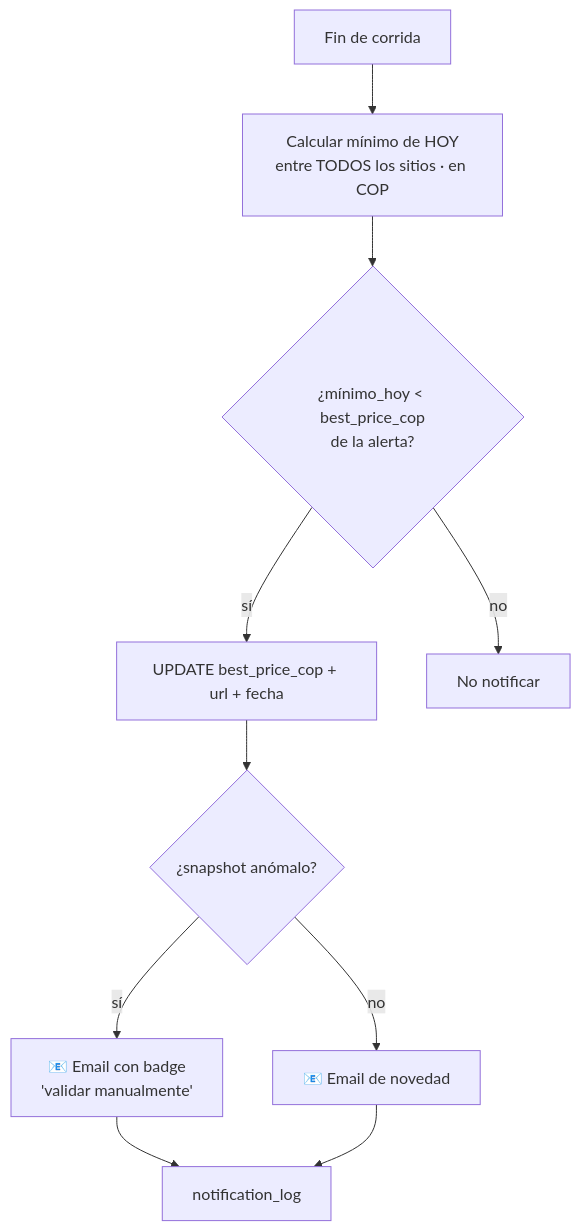
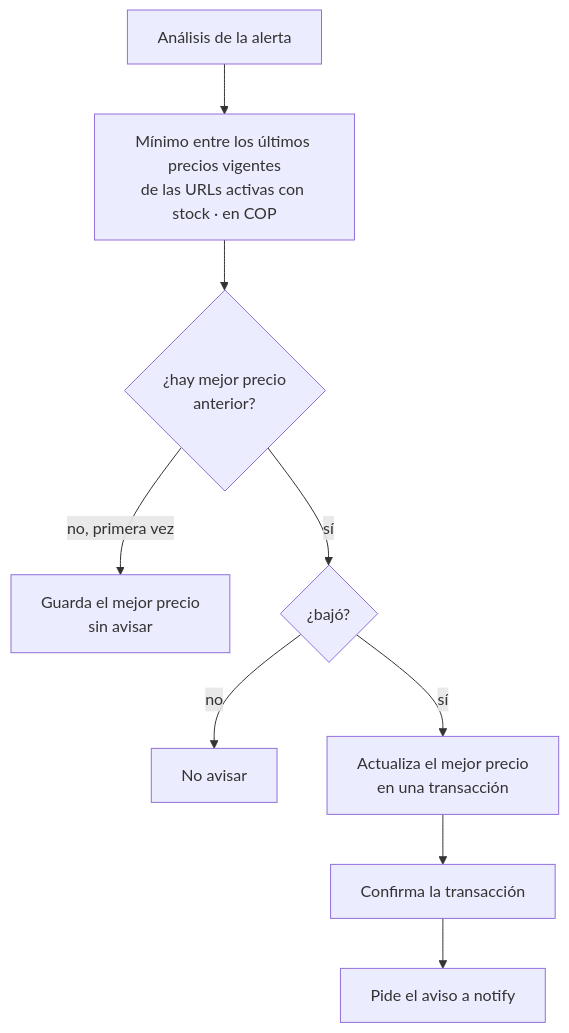
The sixth of 6 diagrams in _docs/architecture/scraping-flow.md (vida-I-found-it/architecture), drawn with Mermaid before and after one commit. The commit also changed other lines of this file and 16 other files, not shown here.

First line of the commit message:
docs(architecture): 🏗️ schedule sends one URL at a time to the scraper (ADR-0004)

````diff
--- a/_docs/architecture/scraping-flow.md
+++ b/_docs/architecture/scraping-flow.md
@@ -108,11 +240,11 @@
 ```mermaid
 graph TD
-    S[Fin de corrida] --> MIN[Calcular mínimo de HOY<br/>entre TODOS los sitios · en COP]
-    MIN --> C{¿mínimo_hoy < best_price_cop<br/>de la alerta?}
-    C -->|sí| U[UPDATE best_price_cop + url + fecha]
-    U --> AN{¿snapshot anómalo?}
-    AN -->|sí| B[📧 Email con badge<br/>'validar manualmente']
-    AN -->|no| E[📧 Email de novedad]
-    C -->|no| X[No notificar]
-    B & E --> L[notification_log]
+    A[Análisis de la alerta] --> MIN[Mínimo entre los últimos precios vigentes<br/>de las URLs activas con stock · en COP]
+    MIN --> P{¿hay mejor precio<br/>anterior?}
+    P -->|no, primera vez| G[Guarda el mejor precio<br/>sin avisar]
+    P -->|sí| C{¿bajó?}
+    C -->|no| X[No avisar]
+    C -->|sí| U[Actualiza el mejor precio<br/>en una transacción]
+    U --> OK[Confirma la transacción]
+    OK --> N[Pide el aviso a notify]
 ```
````
